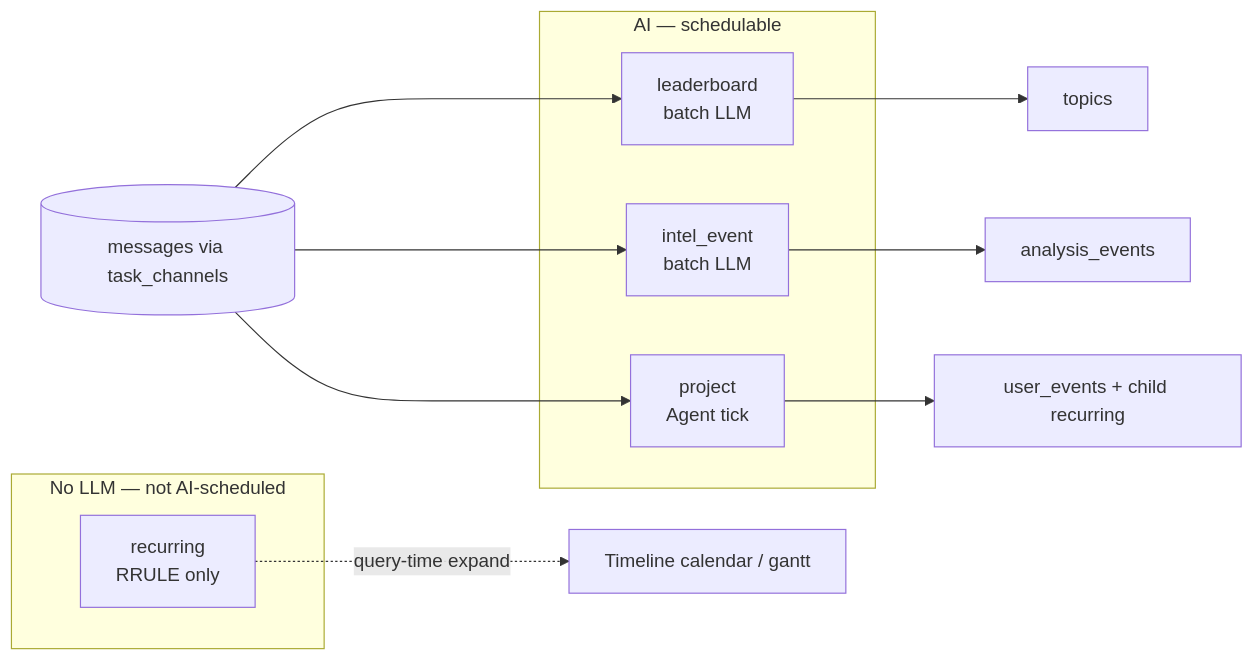
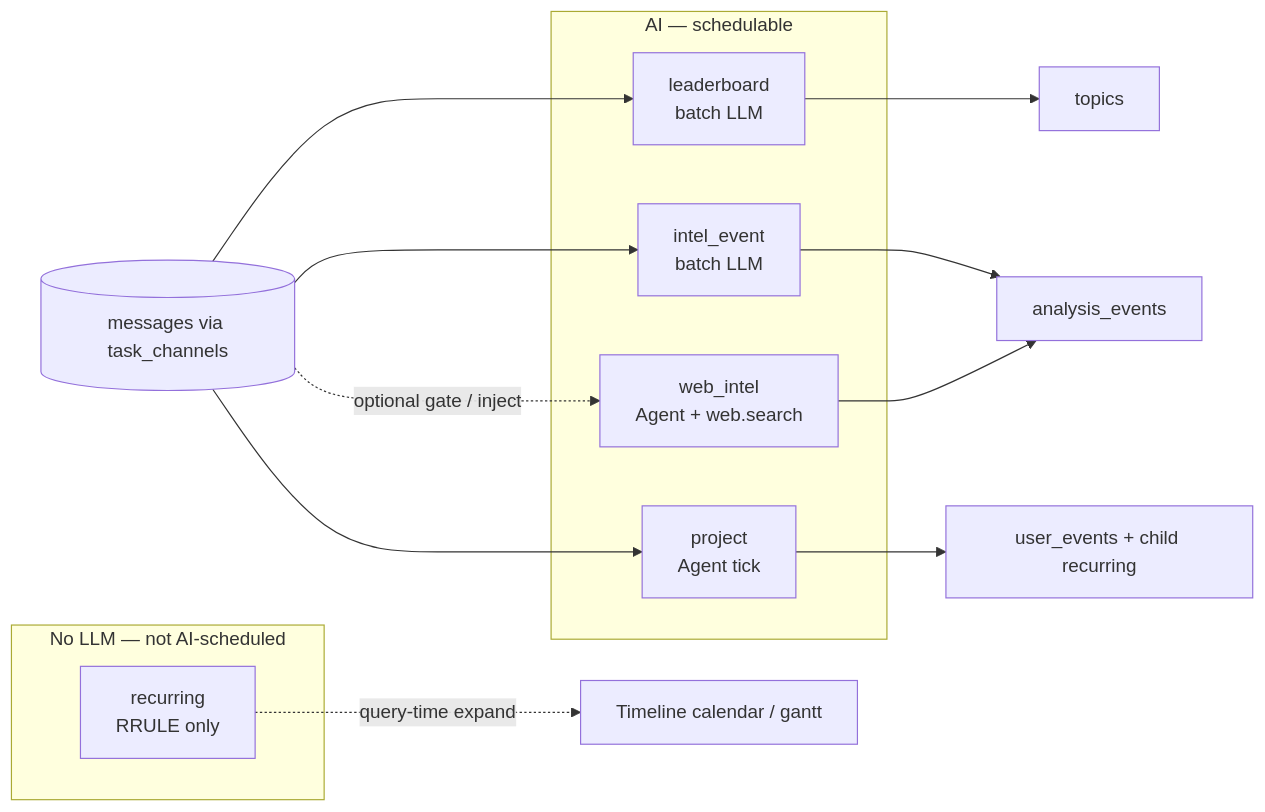
The second of 4 diagrams in docs/diagrams/README.md (Wing9897/im), drawn with Mermaid before and after one commit. The commit also changed other lines of this file and 470 other files, not shown here.

First line of the commit message:
Hard-cut tech-debt refactor: unify sources API, schema stamp 15, and module boundaries.

````diff
--- a/docs/diagrams/README.md
+++ b/docs/diagrams/README.md
@@ -60,18 +64,21 @@
 ```mermaid
 flowchart LR
   subgraph AI["AI — schedulable"]
     L[leaderboard<br/>batch LLM]
     E[intel_event<br/>batch LLM]
+    W[web_intel<br/>Agent + web.search]
     P[project<br/>Agent tick]
   end
 
   subgraph NOAI["No LLM — not AI-scheduled"]
     R[recurring<br/>RRULE only]
   end
 
   MSG[(messages via task_channels)] --> L & E & P
+  MSG -.->|"optional gate / inject"| W
   R -.->|"query-time expand"| CAL[Timeline calendar / gantt]
   L --> OUT1[topics]
   E --> OUT2[analysis_events]
+  W --> OUT2
   P --> OUT3[user_events + child recurring]
 ```
````
